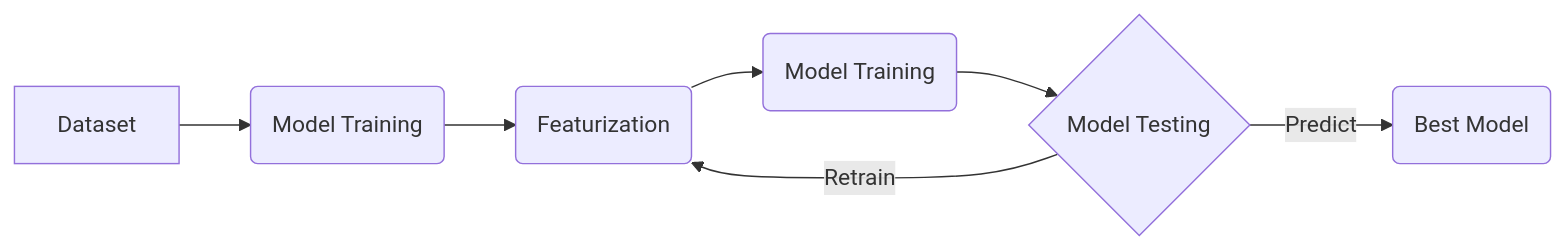
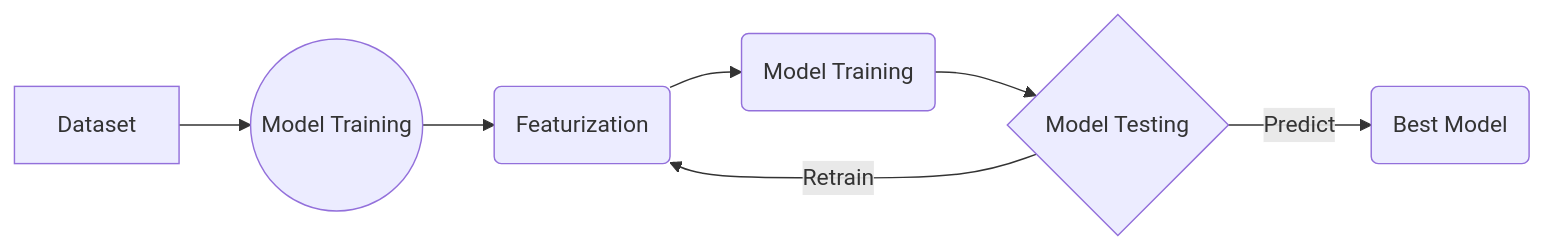
Before and after one commit to Suddhaswatta/learn-ml: the diagram in README.md, drawn with Mermaid.

````diff
--- a/README.md
+++ b/README.md
@@ -15,11 +15,11 @@
 ```mermaid
 flowchart LR
-    A[Dataset] --> B(Model Training)
+    A[Dataset] --> B((Model Training))
     B --> C(Featurization)
     C --> D(Model Training)
     D --> E{Model Testing}
     E --> |Retrain| C
     E --> |Predict| F(Best Model)
    
   
 ```
````
